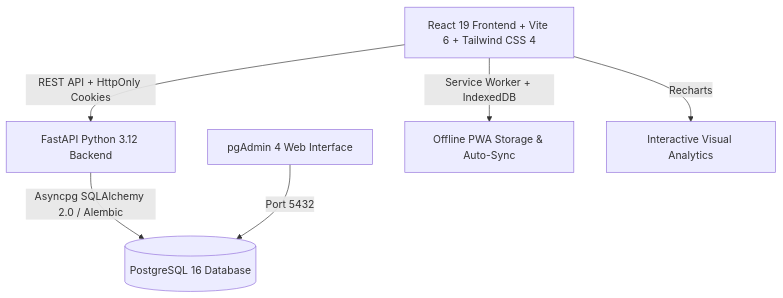
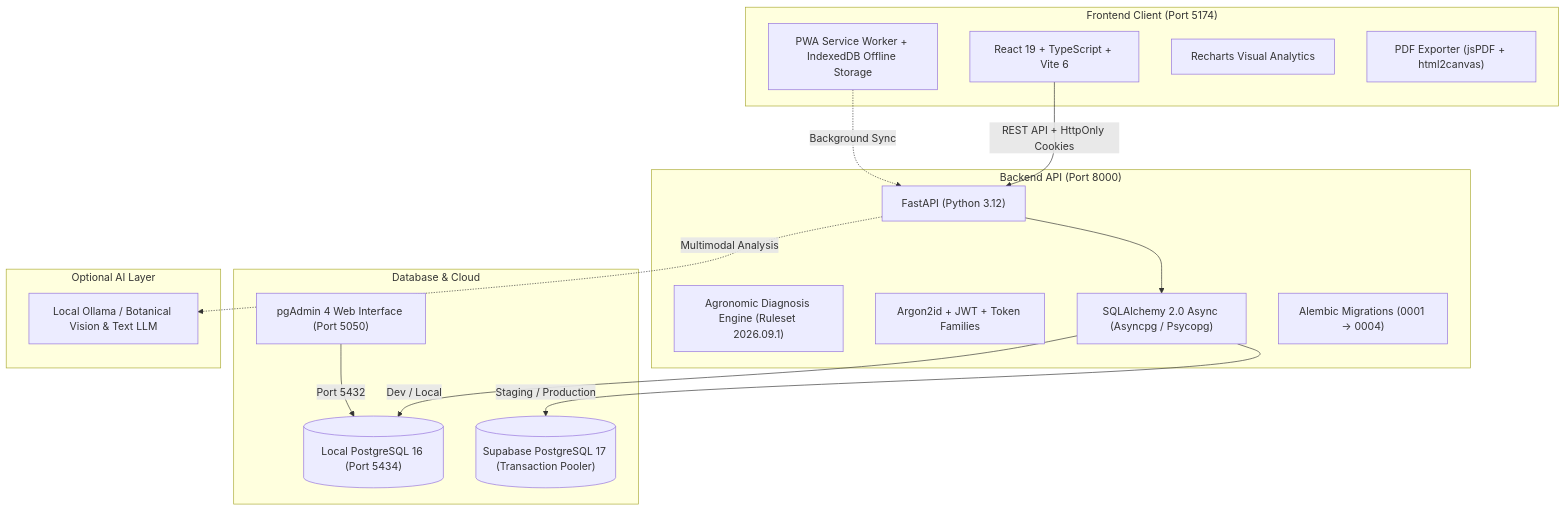
Before and after one commit to Bunvathana876/Expert_sunflower: the diagram in README.md, drawn with Mermaid. The commit also changed other lines of this file and 45 other files, not shown here.

````diff
--- a/README.md
+++ b/README.md
@@ -37,8 +73,35 @@
 ```mermaid
 graph TD
-    A[React 19 Frontend + Vite 6 + Tailwind CSS 4] -->|REST API + HttpOnly Cookies| B[FastAPI Python 3.12 Backend]
-    B -->|Asyncpg SQLAlchemy 2.0 / Alembic| C[(PostgreSQL 16 Database)]
-    D[pgAdmin 4 Web Interface] -->|Port 5432| C
-    A -->|Service Worker + IndexedDB| E[Offline PWA Storage & Auto-Sync]
-    A -->|Recharts| F[Interactive Visual Analytics]
+    subgraph Client["Frontend Client (Port 5174)"]
+        UI["React 19 + TypeScript + Vite 6"]
+        PWA["PWA Service Worker + IndexedDB Offline Storage"]
+        Charts["Recharts Visual Analytics"]
+        PDF["PDF Exporter (jsPDF + html2canvas)"]
+    end
+
+    subgraph Server["Backend API (Port 8000)"]
+        API["FastAPI (Python 3.12)"]
+        Engine["Agronomic Diagnosis Engine (Ruleset 2026.09.1)"]
+        Auth["Argon2id + JWT + Token Families"]
+        ORM["SQLAlchemy 2.0 Async (Asyncpg / Psycopg)"]
+        Migrate["Alembic Migrations (0001 -> 0004)"]
+    end
+
+    subgraph Storage["Database & Cloud"]
+        LocalDB[("Local PostgreSQL 16 (Port 5434)")]
+        CloudDB[("Supabase PostgreSQL 17 (Transaction Pooler)")]
+        pgAdmin["pgAdmin 4 Web Interface (Port 5050)"]
+    end
+
+    subgraph AI["Optional AI Layer"]
+        Ollama["Local Ollama / Botanical Vision & Text LLM"]
+    end
+
+    UI -->|REST API + HttpOnly Cookies| API
+    PWA -.->|Background Sync| API
+    API --> ORM
+    ORM -->|Dev / Local| LocalDB
+    ORM -->|Staging / Production| CloudDB
+    pgAdmin -->|Port 5432| LocalDB
+    API -.->|Multimodal Analysis| Ollama
 ```
````
